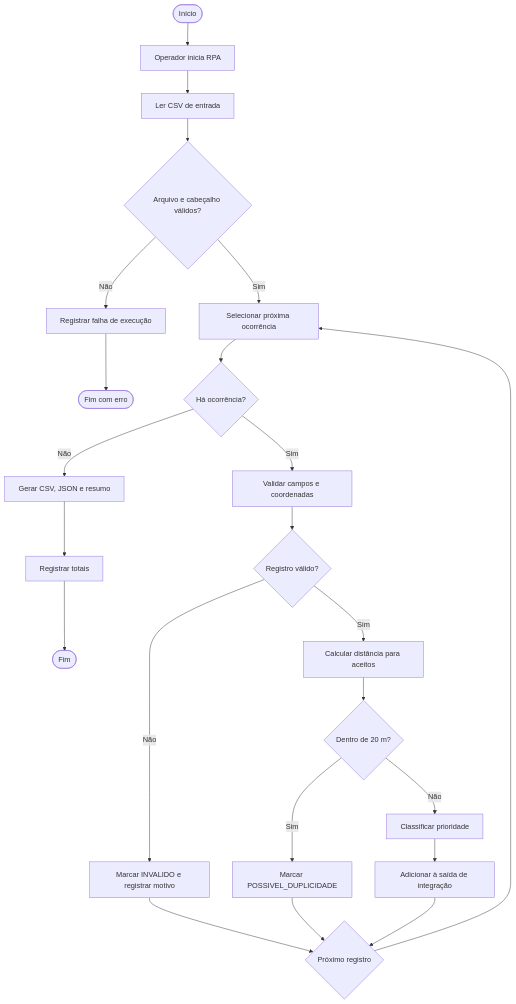
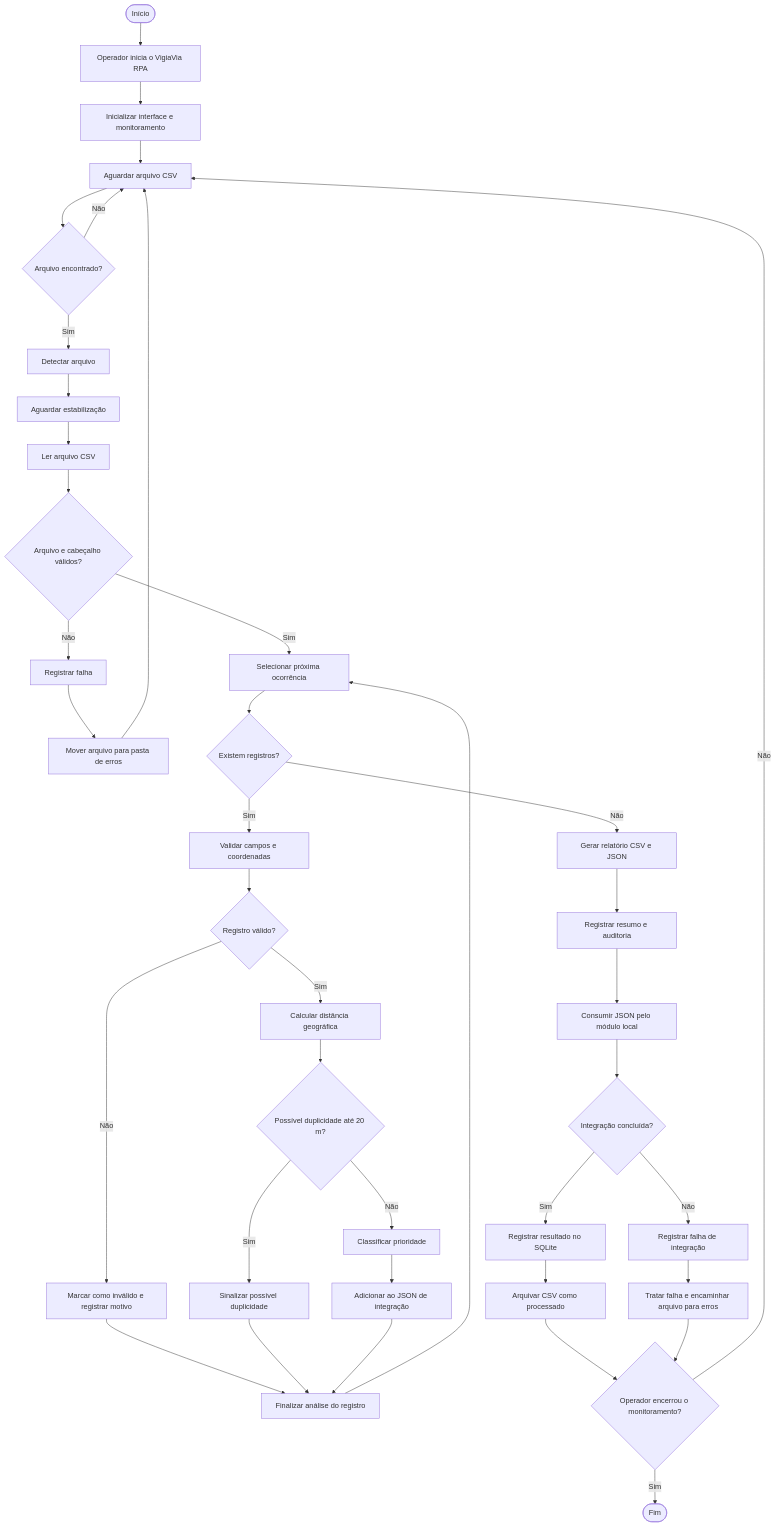
One commit to DPertel/VigiaVia-MVP-RPA changed the diagram in docs/BPMN.md. Above: the diagram before and after it, drawn with Mermaid. The commit also changed other lines of this file and 4 other files, not shown here.

````diff
--- a/docs/BPMN.md
+++ b/docs/BPMN.md
@@ -5,25 +13,57 @@
 ```mermaid
 flowchart TD
-    A([Início]) --> B[Operador inicia RPA]
-    B --> C[Ler CSV de entrada]
-    C --> D{Arquivo e cabeçalho válidos?}
-    D -- Não --> E[Registrar falha de execução]
-    E --> Z([Fim com erro])
-    D -- Sim --> F[Selecionar próxima ocorrência]
-    F --> G{Há ocorrência?}
-    G -- Não --> X[Gerar CSV, JSON e resumo]
-    X --> Y[Registrar totais]
-    Y --> Z2([Fim])
-    G -- Sim --> H[Validar campos e coordenadas]
-    H --> I{Registro válido?}
-    I -- Não --> J[Marcar INVALIDO e registrar motivo]
-    I -- Sim --> K[Calcular distância para aceitos]
-    K --> L{Dentro de 20 m?}
-    L -- Sim --> M[Marcar POSSIVEL_DUPLICIDADE]
-    L -- Não --> N[Classificar prioridade]
-    N --> O[Adicionar à saída de integração]
-    J --> P{Próximo registro}
-    M --> P
-    O --> P
-    P --> F
+    A([Início]) --> B[Operador inicia o VigiaVia RPA]
+    B --> C[Inicializar interface e monitoramento]
+    C --> D[Aguardar arquivo CSV]
+    D --> E{Arquivo encontrado?}
+
+    E -- Não --> D
+    E -- Sim --> F[Detectar arquivo]
+    F --> G[Aguardar estabilização]
+    G --> H[Ler arquivo CSV]
+
+    H --> I{Arquivo e cabeçalho válidos?}
+
+    I -- Não --> J[Registrar falha]
+    J --> K[Mover arquivo para pasta de erros]
+    K --> D
+
+    I -- Sim --> L[Selecionar próxima ocorrência]
+    L --> M{Existem registros?}
+
+    M -- Não --> N[Gerar relatório CSV e JSON]
+    M -- Sim --> O[Validar campos e coordenadas]
+
+    O --> P{Registro válido?}
+
+    P -- Não --> Q[Marcar como inválido e registrar motivo]
+    P -- Sim --> R[Calcular distância geográfica]
+
+    R --> S{Possível duplicidade até 20 m?}
+
+    S -- Sim --> T[Sinalizar possível duplicidade]
+    S -- Não --> U[Classificar prioridade]
+    U --> V[Adicionar ao JSON de integração]
+
+    Q --> W[Finalizar análise do registro]
+    T --> W
+    V --> W
+
+    W --> L
+
+    N --> X[Registrar resumo e auditoria]
+    X --> Y[Consumir JSON pelo módulo local]
+    Y --> Z{Integração concluída?}
+
+    Z -- Sim --> AA[Registrar resultado no SQLite]
+    AA --> AB[Arquivar CSV como processado]
+
+    Z -- Não --> AC[Registrar falha de integração]
+    AC --> AD[Tratar falha e encaminhar arquivo para erros]
+
+    AB --> AE{Operador encerrou o monitoramento?}
+    AD --> AE
+
+    AE -- Não --> D
+    AE -- Sim --> AF([Fim])
 ```
````
